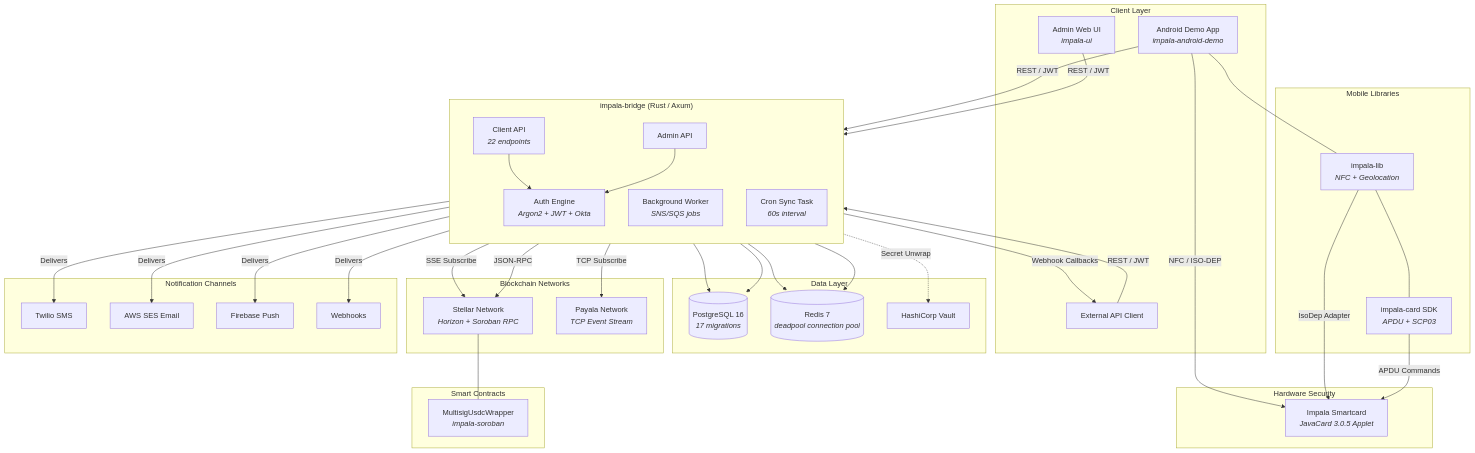
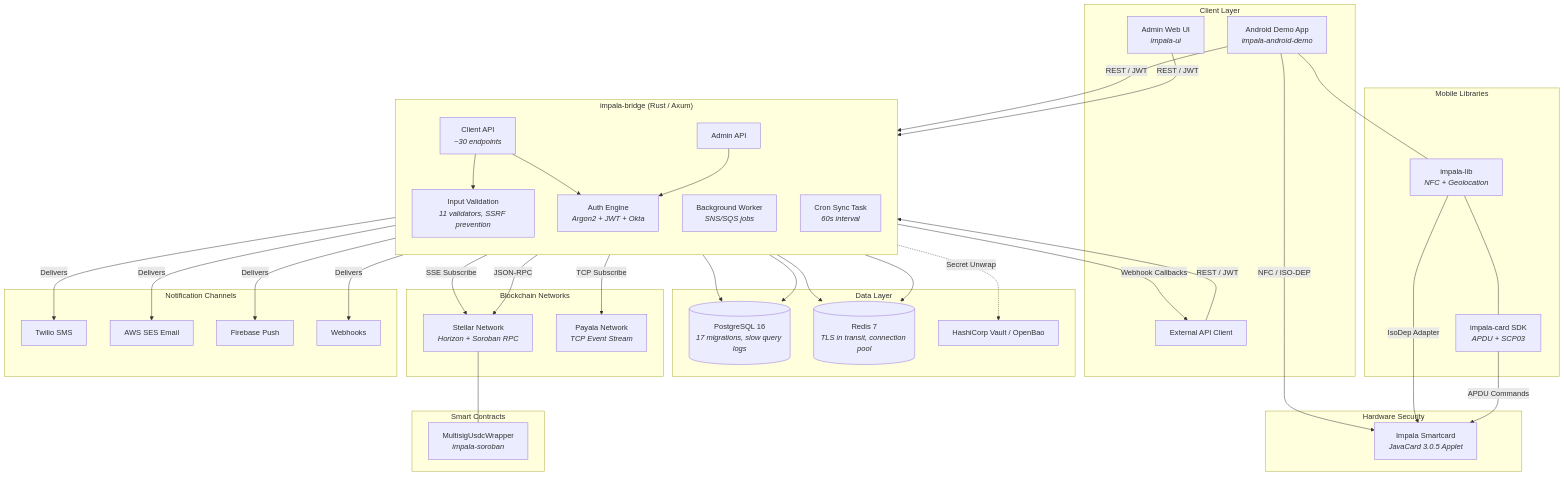
One commit to Financial-Empowerment-Partners/impala changed the first of 14 diagrams in ARCHITECTURE.md. Above: the diagram before and after it, drawn with Mermaid. The commit also changed other lines of this file and 193 other files, not shown here.

````diff
--- a/ARCHITECTURE.md
+++ b/ARCHITECTURE.md
@@ -17,79 +70,81 @@
 ```mermaid
 graph TB
     subgraph Clients["Client Layer"]
         AndroidApp["Android Demo App<br/><i>impala-android-demo</i>"]
         AdminUI["Admin Web UI<br/><i>impala-ui</i>"]
         ExtClient["External API Client"]
     end
 
     subgraph Bridge["impala-bridge &lpar;Rust / Axum&rpar;"]
         direction TB
-        ClientAPI["Client API<br/><i>22 endpoints</i>"]
+        ClientAPI["Client API<br/><i>~30 endpoints</i>"]
         AdminAPI["Admin API"]
         AuthEngine["Auth Engine<br/><i>Argon2 + JWT + Okta</i>"]
+        Validation["Input Validation<br/><i>11 validators, SSRF prevention</i>"]
         Worker["Background Worker<br/><i>SNS/SQS jobs</i>"]
         CronSync["Cron Sync Task<br/><i>60s interval</i>"]
     end
 
     subgraph Storage["Data Layer"]
-        Postgres[("PostgreSQL 16<br/><i>17 migrations</i>")]
-        Redis[("Redis 7<br/><i>deadpool connection pool</i>")]
-        Vault["HashiCorp Vault"]
+        Postgres[("PostgreSQL 16<br/><i>17 migrations, slow query logs</i>")]
+        Redis[("Redis 7<br/><i>TLS in transit, connection pool</i>")]
+        Vault["HashiCorp Vault / OpenBao"]
     end
 
     subgraph Networks["Blockchain Networks"]
         Stellar["Stellar Network<br/><i>Horizon + Soroban RPC</i>"]
         Payala["Payala Network<br/><i>TCP Event Stream</i>"]
     end
 
     subgraph Hardware["Hardware Security"]
         Card["Impala Smartcard<br/><i>JavaCard 3.0.5 Applet</i>"]
     end
 
     subgraph MobileLibs["Mobile Libraries"]
         ImpalaLib["impala-lib<br/><i>NFC + Geolocation</i>"]
         ImpalaSDK["impala-card SDK<br/><i>APDU + SCP03</i>"]
     end
 
     subgraph Contracts["Smart Contracts"]
         Soroban["MultisigUsdcWrapper<br/><i>impala-soroban</i>"]
     end
 
     subgraph Notifications["Notification Channels"]
         Twilio["Twilio SMS"]
         SES["AWS SES Email"]
         FCM["Firebase Push"]
         Webhooks["Webhooks"]
     end
 
     AndroidApp -->|"REST / JWT"| ClientAPI
     AdminUI -->|"REST / JWT"| AdminAPI
     ExtClient -->|"REST / JWT"| ClientAPI
 
+    ClientAPI --> Validation
     ClientAPI --> AuthEngine
     AdminAPI --> AuthEngine
     AuthEngine --> Postgres
     AuthEngine --> Redis
 
     Bridge --> Postgres
     Bridge --> Redis
     Bridge -.->|"Secret Unwrap"| Vault
 
     ClientAPI -->|"SSE Subscribe"| Stellar
     ClientAPI -->|"JSON-RPC"| Stellar
     ClientAPI -->|"TCP Subscribe"| Payala
     CronSync -->|"Webhook Callbacks"| ExtClient
 
     Worker -->|"Delivers"| Twilio
     Worker -->|"Delivers"| SES
     Worker -->|"Delivers"| FCM
     Worker -->|"Delivers"| Webhooks
 
     Stellar --- Soroban
 
     AndroidApp -->|"NFC / ISO-DEP"| Card
     ImpalaLib -->|"IsoDep Adapter"| Card
     ImpalaSDK -->|"APDU Commands"| Card
     AndroidApp --- ImpalaLib
     ImpalaLib --- ImpalaSDK
 ```
````
